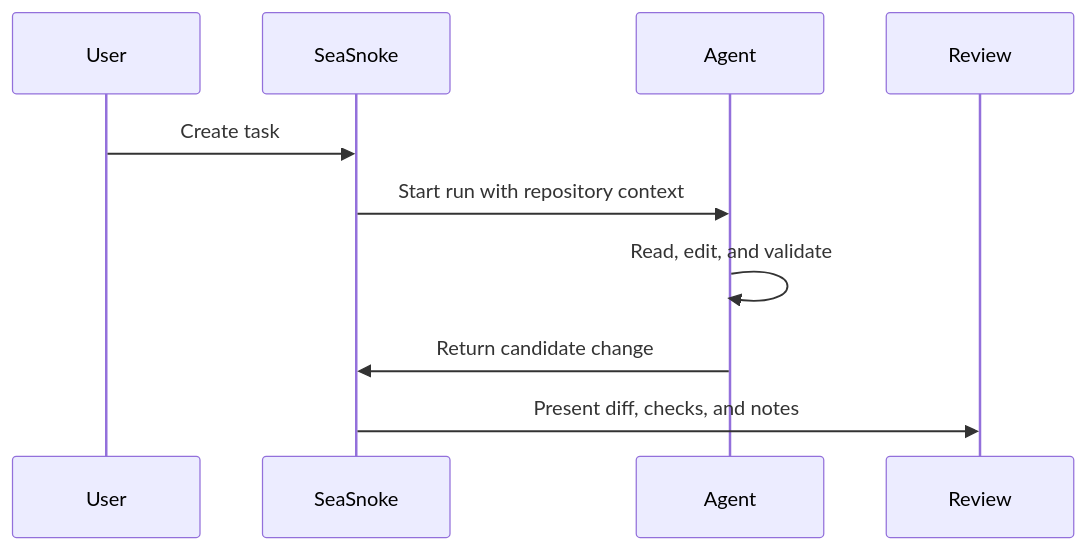
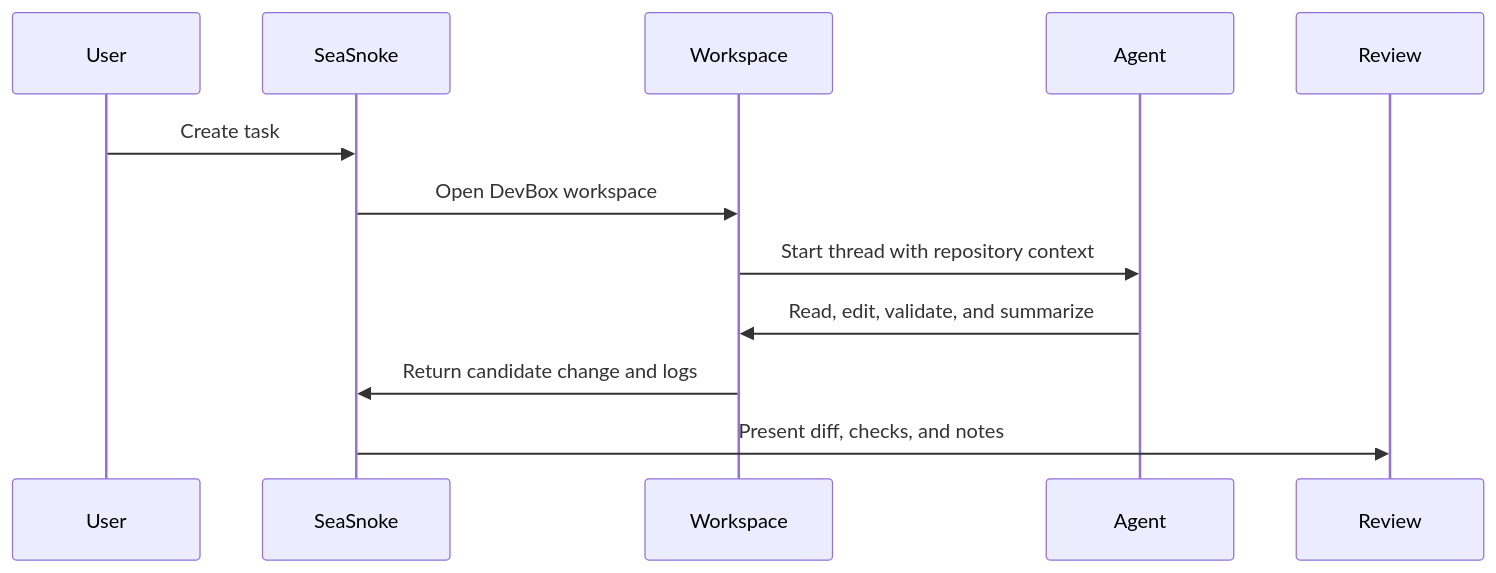
The diagram in content/docs/core-concepts/agents.mdx (seasnoke/docs), drawn with Mermaid before and after one commit. The commit also changed other lines of this file and 11 other files, not shown here.

````diff
--- a/content/docs/core-concepts/agents.mdx
+++ b/content/docs/core-concepts/agents.mdx
@@ -20,13 +21,15 @@
 ```mermaid
 sequenceDiagram
   participant User
   participant SeaSnoke
+  participant Workspace
   participant Agent
   participant Review
 
   User->>SeaSnoke: Create task
-  SeaSnoke->>Agent: Start run with repository context
-  Agent->>Agent: Read, edit, and validate
-  Agent->>SeaSnoke: Return candidate change
+  SeaSnoke->>Workspace: Open DevBox workspace
+  Workspace->>Agent: Start thread with repository context
+  Agent->>Workspace: Read, edit, validate, and summarize
+  Workspace->>SeaSnoke: Return candidate change and logs
   SeaSnoke->>Review: Present diff, checks, and notes
 ```
````
